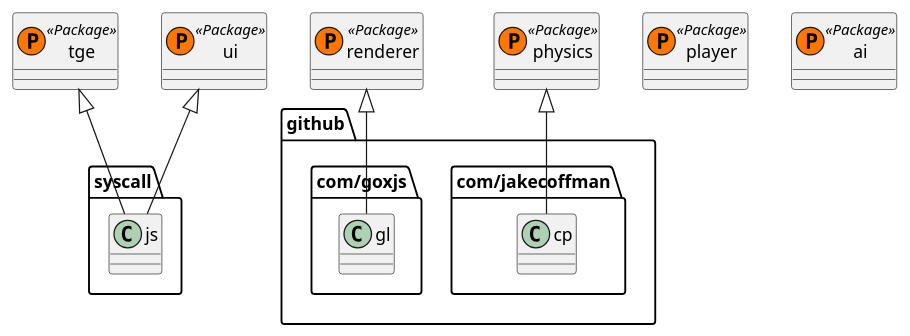
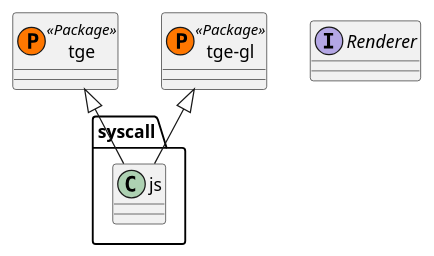
The diagram in specs/browser-impl.puml (Thommil/tge), drawn with PlantUML before and after one commit. The commit also changed 4 other files, not shown here.

Commit message:
uml & resize browser bug

```diff
--- a/specs/browser-impl.puml
+++ b/specs/browser-impl.puml
@@ -2,16 +2,11 @@
 @startuml Browser Implementation
 class tge << (P,#FF7700) Package >>
 tge <|-- "syscall.js"
 
-class renderer << (P,#FF7700) Package >>
-renderer <|-- "github.com/goxjs.gl"
+class "tge-gl" << (P,#FF7700) Package >>
+"tge-gl" <|-- "syscall.js"
 
-class ui << (P,#FF7700) Package >>
-ui <|-- "syscall.js"
+interface Renderer
+Renderer <|-- "syscall.js.Value"
 
-class physics << (P,#FF7700) Package >>
-physics <|-- "github.com/jakecoffman.cp"
-
-class player << (P,#FF7700) Package >>
-class ai << (P,#FF7700) Package >>
 @enduml
```
